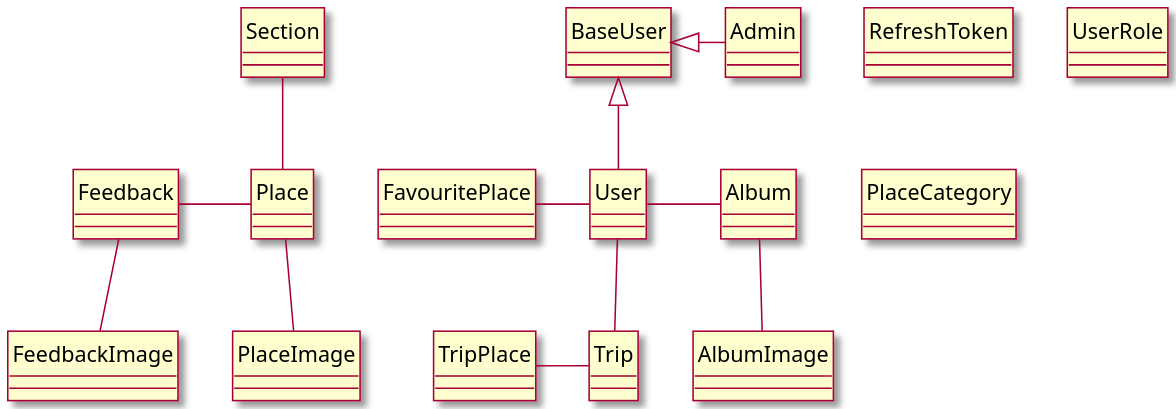
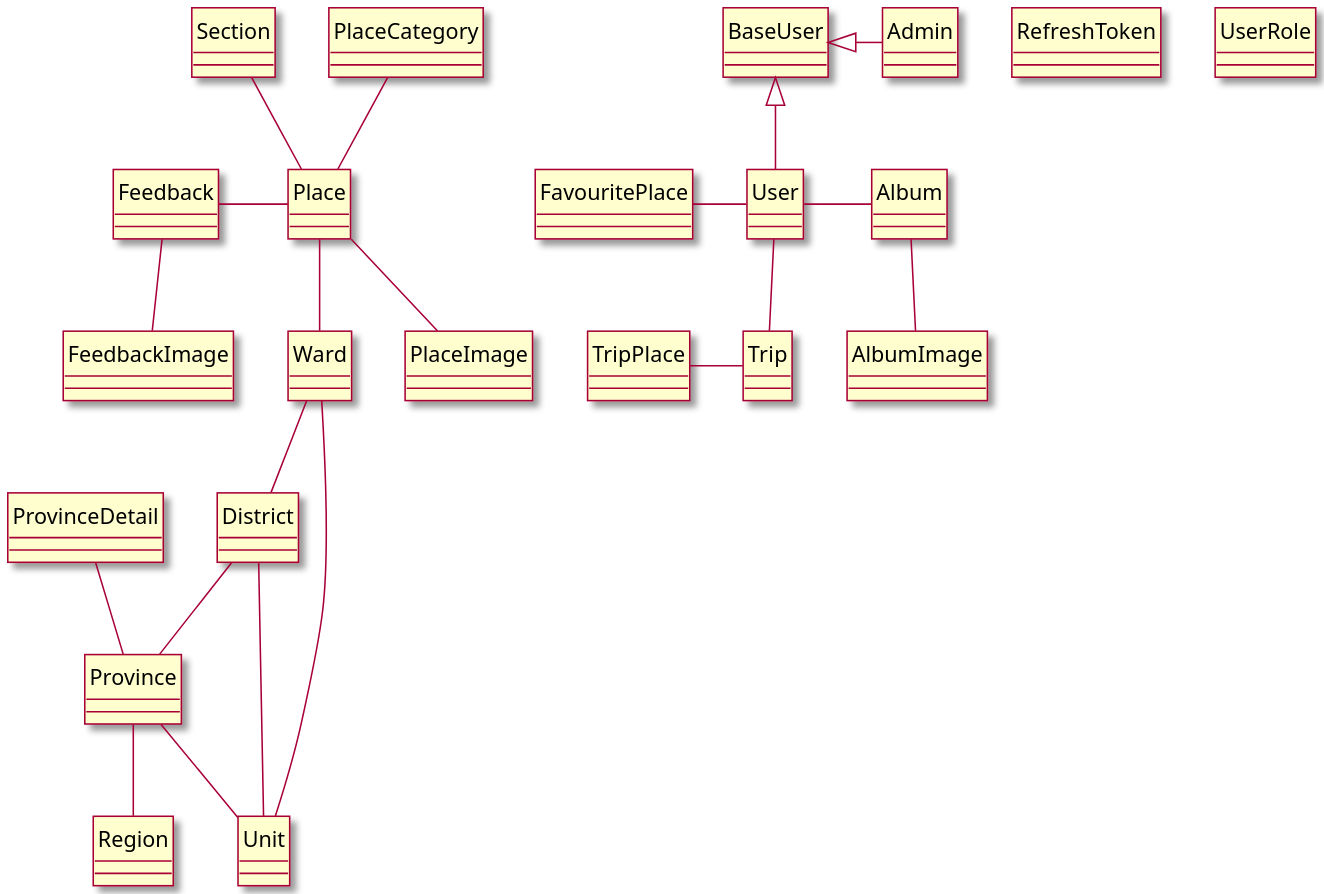
One commit to Griselda4774/WanderFun_Diagram changed the diagram in Class/ClassConceptual.puml. Above: the diagram before and after it, drawn with PlantUML.

Commit message:
add province, district, ward and realted class

```diff
--- a/Class/ClassConceptual.puml
+++ b/Class/ClassConceptual.puml
@@ -1,66 +1,103 @@
 @startuml ClassConceptualDiagram
 
 skin rose
 scale 2
 hide circle
 
 class Album {}
 
 class AlbumImage {
 }
 
 class BaseUser {
 }
 
 class Admin {
 }
 
 class User {
 }
 
 class Place {
 }
 
 class PlaceImage {
 }
 
 class Feedback {
 }
 
 class FeedbackImage {
 }
 
 class Section {
 }
 
 class FavouritePlace {
 }
 
 class Trip {
 }
 
 class TripPlace {
 }
 
 class RefreshToken {
 }
 
 enum UserRole {
 }
 
 enum PlaceCategory {
 }
 
+class Province {
+}
+
+class District {
+}
+
+class Ward {
+}
+
+class Region {
+}
+
+class Unit {
+}
+
+class ProvinceDetail {
+}
+
+
+
+
 BaseUser <|-right- Admin
 BaseUser <|-down- User
 Place -left- Feedback
 Feedback -down- FeedbackImage
 User -down- Trip
 User -left- FavouritePlace
 Trip -left- TripPlace
 User -right- Album
 Album -down- AlbumImage
 Place -up- Section
 Place -down- PlaceImage
 
+PlaceCategory -- Place
+
+Province -- Unit
+Province -- Region
+
+District -- Unit
+District -- Province
+
+Ward -- Unit
+Ward -- District
+
+ProvinceDetail -- Province
+
+Place -- Ward
+
+
 @enduml
```
